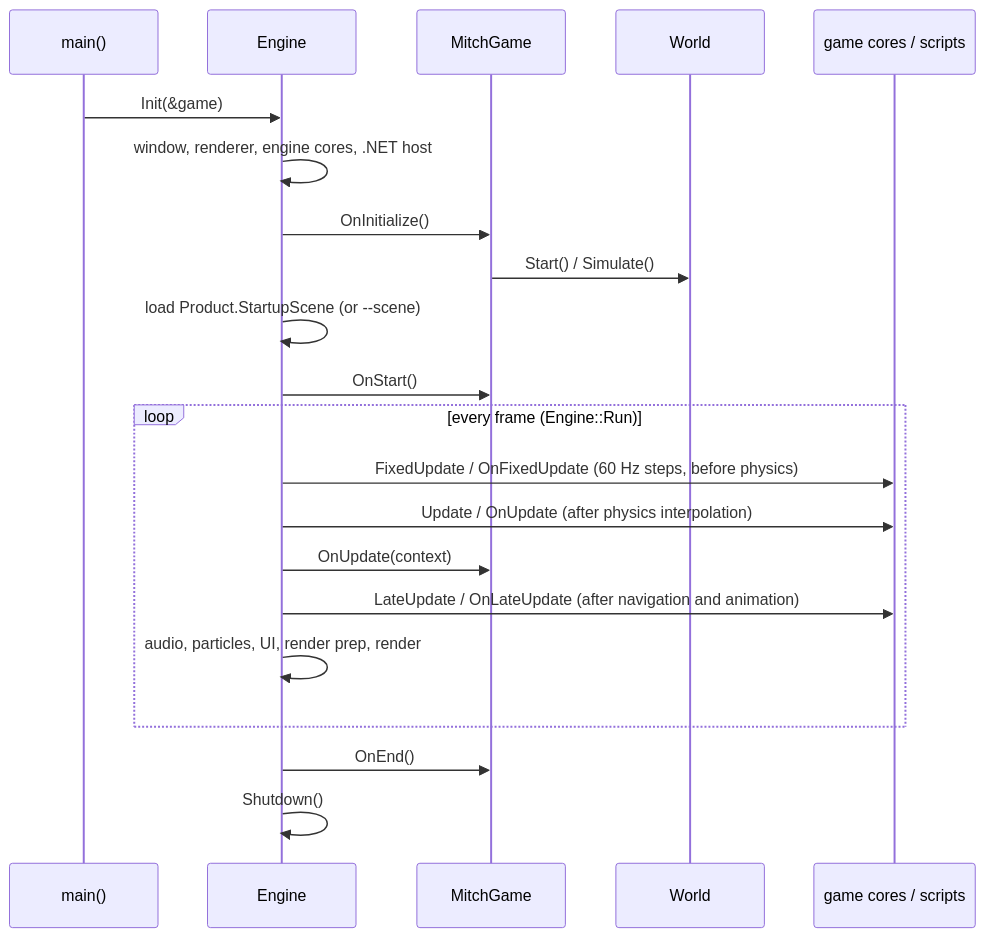
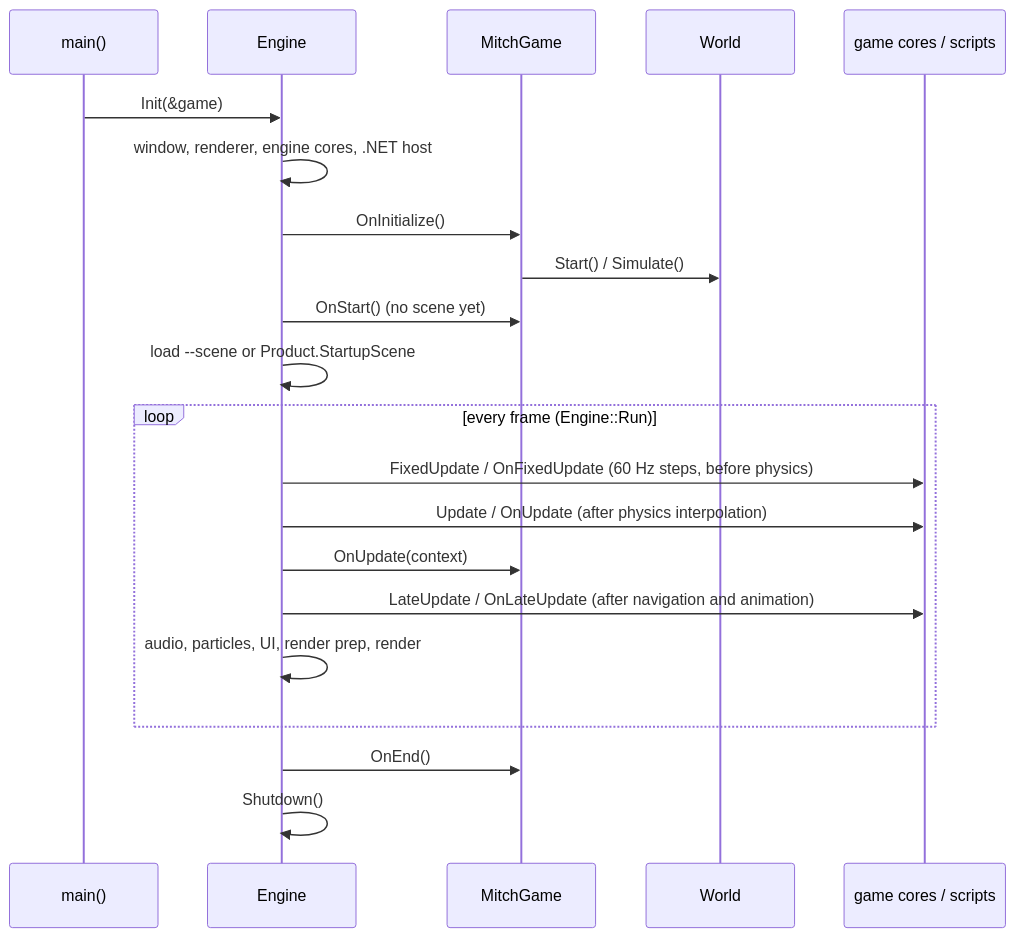
Before and after one commit to wobbier/MitchGame: the second of 5 diagrams in ARCHITECTURE.md, drawn with Mermaid. The commit also changed other lines of this file and 12 other files, not shown here.

````diff
--- a/ARCHITECTURE.md
+++ b/ARCHITECTURE.md
@@ -91,23 +92,23 @@
 ```mermaid
 sequenceDiagram
     participant Main as main()
     participant Engine
     participant Game as MitchGame
     participant World
     participant Cores as game cores / scripts
     Main->>Engine: Init(&game)
     Engine->>Engine: window, renderer, engine cores, .NET host
     Engine->>Game: OnInitialize()
     Game->>World: Start() / Simulate()
-    Engine->>Engine: load Product.StartupScene (or --scene)
-    Engine->>Game: OnStart()
+    Engine->>Game: OnStart() (no scene yet)
+    Engine->>Engine: load --scene or Product.StartupScene
     loop every frame (Engine::Run)
         Engine->>Cores: FixedUpdate / OnFixedUpdate (60 Hz steps, before physics)
         Engine->>Cores: Update / OnUpdate (after physics interpolation)
         Engine->>Game: OnUpdate(context)
         Engine->>Cores: LateUpdate / OnLateUpdate (after navigation and animation)
         Engine->>Engine: audio, particles, UI, render prep, render
     end
     Engine->>Game: OnEnd()
     Engine->>Engine: Shutdown()
 ```
````
